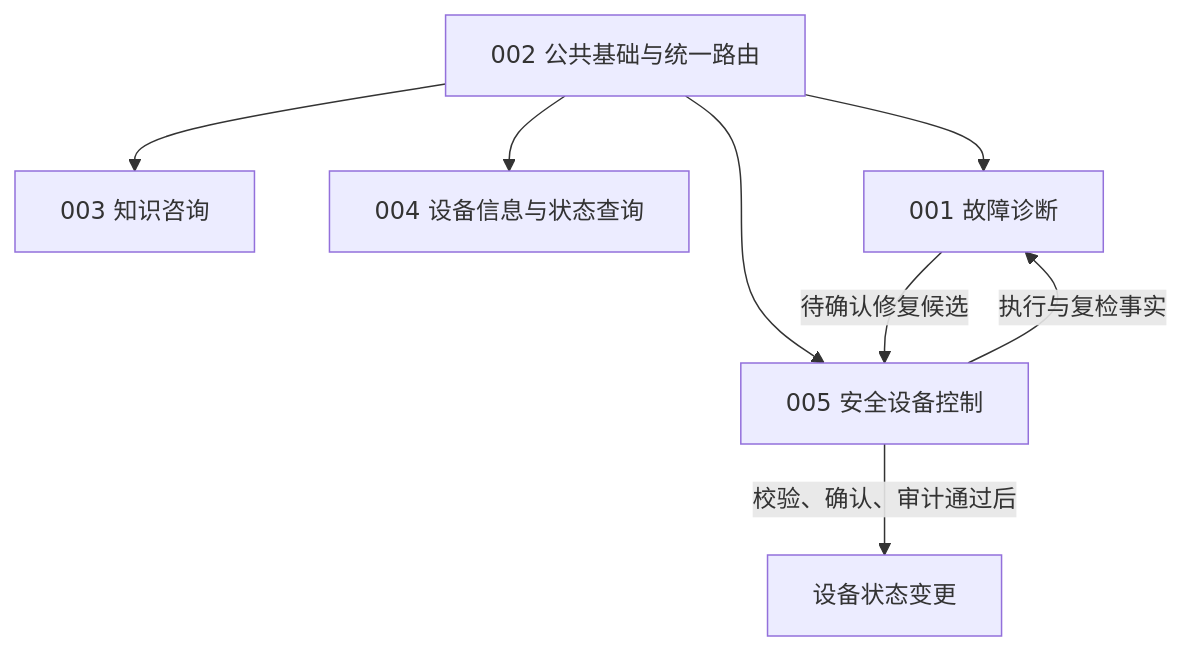
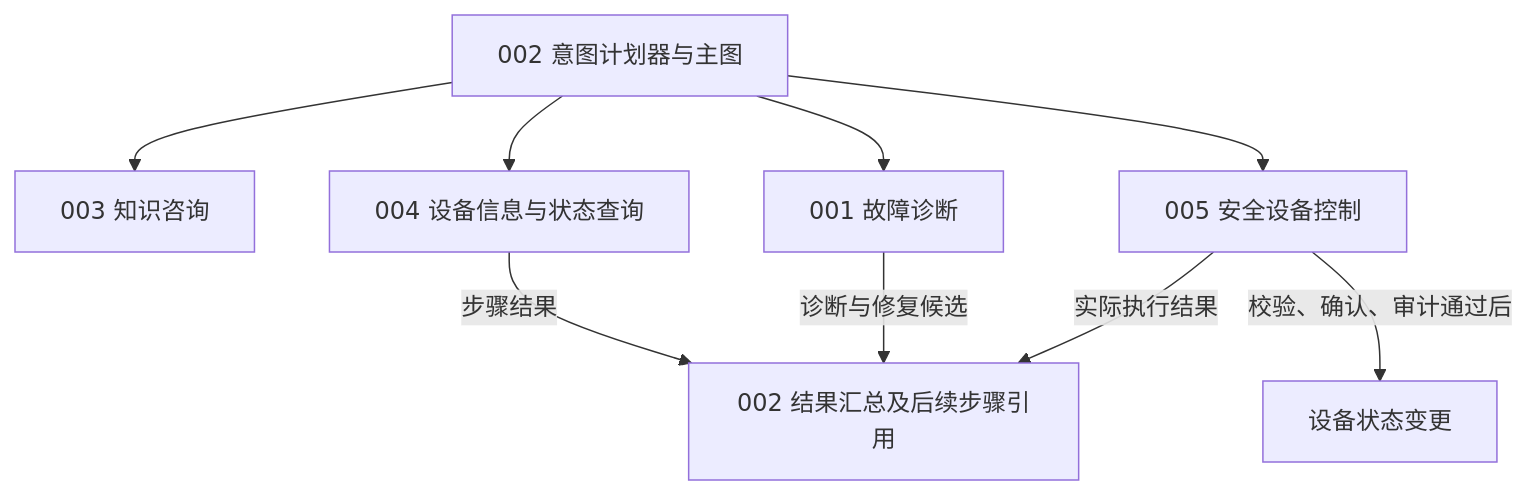
One commit to chenhh021/AutoSense changed the diagram in specs/README.md. Above: the diagram before and after it, drawn with Mermaid. The commit also changed other lines of this file and 212 other files, not shown here.

````diff
--- a/specs/README.md
+++ b/specs/README.md
@@ -24,10 +24,11 @@
 ```mermaid
 flowchart TD
-    F["002 公共基础与统一路由"] --> K["003 知识咨询"]
+    F["002 意图计划器与主图"] --> K["003 知识咨询"]
     F --> Q["004 设备信息与状态查询"]
     F --> D["001 故障诊断"]
     F --> C["005 安全设备控制"]
-    D -->|"待确认修复候选"| C
-    C -->|"执行与复检事实"| D
+    Q -->|"步骤结果"| R["002 结果汇总及后续步骤引用"]
+    D -->|"诊断与修复候选"| R
+    C -->|"实际执行结果"| R
     C -->|"校验、确认、审计通过后"| W["设备状态变更"]
 ```
````
